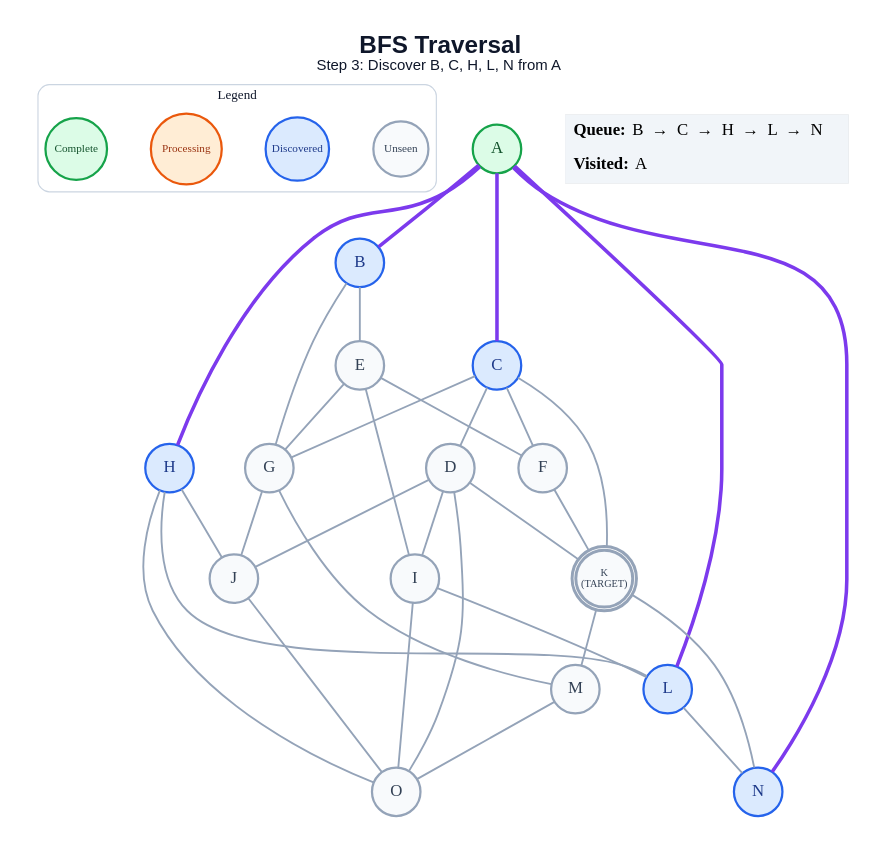
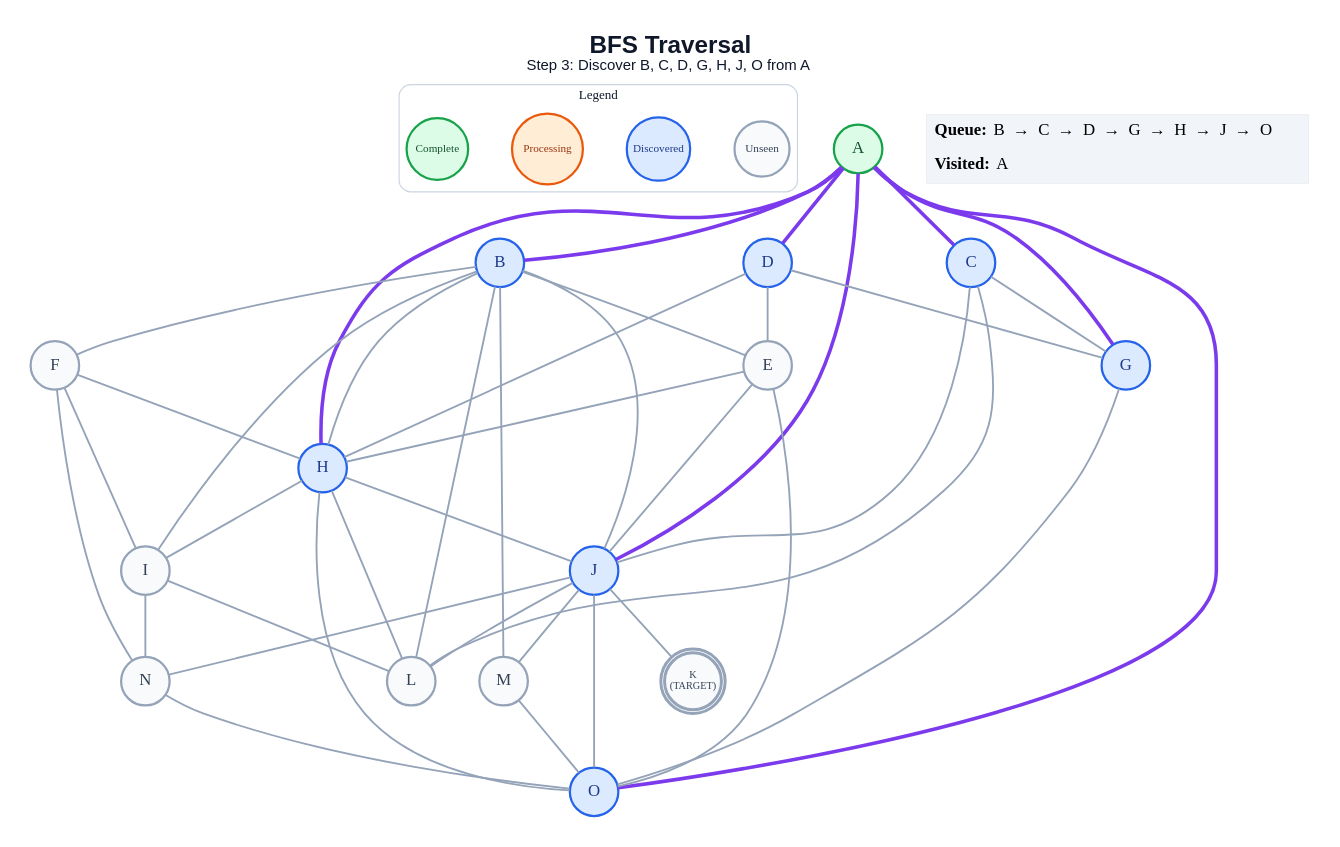
Before and after one commit to anon7238593-create/ai-slop: the diagram in generated/specific-node/bfs/step_03.dot, drawn with Graphviz. The commit also changed 336 other files, not shown here.

```diff
--- a/generated/specific-node/bfs/step_03.dot
+++ b/generated/specific-node/bfs/step_03.dot
@@ -1,65 +1,74 @@
 graph traversal {
   graph [layout=dot, rankdir=TB, bgcolor="#FFFFFF", pad="0.35", nodesep="0.65", ranksep="0.8", fontname="Arial"];
   node [shape=circle, style="filled", fontname="Arial Bold", fontsize=18, width=0.72, fixedsize=true, penwidth=2.4];
   edge [color="#94A3B8", penwidth=2.0];
-  label=<<B>BFS Traversal</B><BR/><FONT POINT-SIZE="16">Step 3: Discover B, C, H, L, N from A</FONT>>; labelloc="t"; fontsize=26; fontname="Arial"; fontcolor="#0F172A";
+  label=<<B>BFS Traversal</B><BR/><FONT POINT-SIZE="16">Step 3: Discover B, C, D, G, H, J, O from A</FONT>>; labelloc="t"; fontsize=26; fontname="Arial"; fontcolor="#0F172A";
   subgraph cluster_legend { label="Legend"; color="#CBD5E1"; penwidth=1.2; style="rounded"; fontsize=14; fontname="Arial Bold";
     key_unseen [label="Unseen", fillcolor="#F8FAFC", color="#94A3B8", fontcolor="#334155", fontsize=12, width=0.82];
     key_frontier [label="Discovered", fillcolor="#DBEAFE", color="#2563EB", fontcolor="#1E3A8A", fontsize=12, width=0.95];
     key_current [label="Processing", fillcolor="#FFEDD5", color="#EA580C", fontcolor="#9A3412", fontsize=12, width=1.05];
     key_done [label="Complete", fillcolor="#DCFCE7", color="#16A34A", fontcolor="#14532D", fontsize=12, width=0.92];
     { rank=same; key_unseen; key_frontier; key_current; key_done; }
   }
   A [label="A", fillcolor="#DCFCE7", color="#16A34A", fontcolor="#14532D", peripheries=1, penwidth=2.4];
   B [label="B", fillcolor="#DBEAFE", color="#2563EB", fontcolor="#1E3A8A", peripheries=1, penwidth=2.4];
   C [label="C", fillcolor="#DBEAFE", color="#2563EB", fontcolor="#1E3A8A", peripheries=1, penwidth=2.4];
-  D [label="D", fillcolor="#F8FAFC", color="#94A3B8", fontcolor="#334155", peripheries=1, penwidth=2.4];
+  D [label="D", fillcolor="#DBEAFE", color="#2563EB", fontcolor="#1E3A8A", peripheries=1, penwidth=2.4];
   E [label="E", fillcolor="#F8FAFC", color="#94A3B8", fontcolor="#334155", peripheries=1, penwidth=2.4];
   F [label="F", fillcolor="#F8FAFC", color="#94A3B8", fontcolor="#334155", peripheries=1, penwidth=2.4];
-  G [label="G", fillcolor="#F8FAFC", color="#94A3B8", fontcolor="#334155", peripheries=1, penwidth=2.4];
+  G [label="G", fillcolor="#DBEAFE", color="#2563EB", fontcolor="#1E3A8A", peripheries=1, penwidth=2.4];
   H [label="H", fillcolor="#DBEAFE", color="#2563EB", fontcolor="#1E3A8A", peripheries=1, penwidth=2.4];
   I [label="I", fillcolor="#F8FAFC", color="#94A3B8", fontcolor="#334155", peripheries=1, penwidth=2.4];
-  J [label="J", fillcolor="#F8FAFC", color="#94A3B8", fontcolor="#334155", peripheries=1, penwidth=2.4];
+  J [label="J", fillcolor="#DBEAFE", color="#2563EB", fontcolor="#1E3A8A", peripheries=1, penwidth=2.4];
   K [label="K\n(TARGET)", fillcolor="#F8FAFC", color="#94A3B8", fontcolor="#334155", peripheries=2, penwidth=3.2, fontsize=11, width=0.85, height=0.85];
-  L [label="L", fillcolor="#DBEAFE", color="#2563EB", fontcolor="#1E3A8A", peripheries=1, penwidth=2.4];
+  L [label="L", fillcolor="#F8FAFC", color="#94A3B8", fontcolor="#334155", peripheries=1, penwidth=2.4];
   M [label="M", fillcolor="#F8FAFC", color="#94A3B8", fontcolor="#334155", peripheries=1, penwidth=2.4];
-  N [label="N", fillcolor="#DBEAFE", color="#2563EB", fontcolor="#1E3A8A", peripheries=1, penwidth=2.4];
-  O [label="O", fillcolor="#F8FAFC", color="#94A3B8", fontcolor="#334155", peripheries=1, penwidth=2.4];
+  N [label="N", fillcolor="#F8FAFC", color="#94A3B8", fontcolor="#334155", peripheries=1, penwidth=2.4];
+  O [label="O", fillcolor="#DBEAFE", color="#2563EB", fontcolor="#1E3A8A", peripheries=1, penwidth=2.4];
   A -- B [color="#7C3AED", penwidth=3.8];
   A -- C [color="#7C3AED", penwidth=3.8];
+  A -- D [color="#7C3AED", penwidth=3.8];
+  A -- G [color="#7C3AED", penwidth=3.8];
   A -- H [color="#7C3AED", penwidth=3.8];
-  A -- L [color="#7C3AED", penwidth=3.8];
-  A -- N [color="#7C3AED", penwidth=3.8];
+  A -- J [color="#7C3AED", penwidth=3.8];
+  A -- O [color="#7C3AED", penwidth=3.8];
   B -- E;
-  B -- G;
-  C -- D;
-  C -- F;
+  B -- F;
+  B -- H;
+  B -- I;
+  B -- J;
+  B -- L;
+  B -- M;
   C -- G;
-  C -- K;
-  D -- I;
-  D -- J;
-  D -- K;
-  D -- O;
-  E -- F;
-  E -- G;
-  E -- I;
-  F -- K;
-  G -- J;
-  G -- M;
+  C -- J;
+  C -- L;
+  D -- E;
+  D -- G;
+  D -- H;
+  E -- H;
+  E -- J;
+  E -- O;
+  F -- H;
+  F -- I;
+  F -- N;
+  G -- O;
+  H -- I;
   H -- J;
   H -- L;
   H -- O;
   I -- L;
-  I -- O;
+  I -- N;
+  J -- K;
+  J -- L;
+  J -- M;
+  J -- N;
   J -- O;
-  K -- M;
-  K -- N;
-  L -- N;
   M -- O;
+  N -- O;
   status [shape=plain, fixedsize=false, width=0, height=0, margin=0, label=<
     <TABLE BORDER="0" CELLBORDER="0" CELLPADDING="7" BGCOLOR="#F1F5F9">
-      <TR><TD ALIGN="LEFT"><B>Queue:</B> B  →  C  →  H  →  L  →  N</TD></TR>
+      <TR><TD ALIGN="LEFT"><B>Queue:</B> B  →  C  →  D  →  G  →  H  →  J  →  O</TD></TR>
       <TR><TD ALIGN="LEFT"><B>Visited:</B> A</TD></TR>
     </TABLE>
   >];
 }
```
